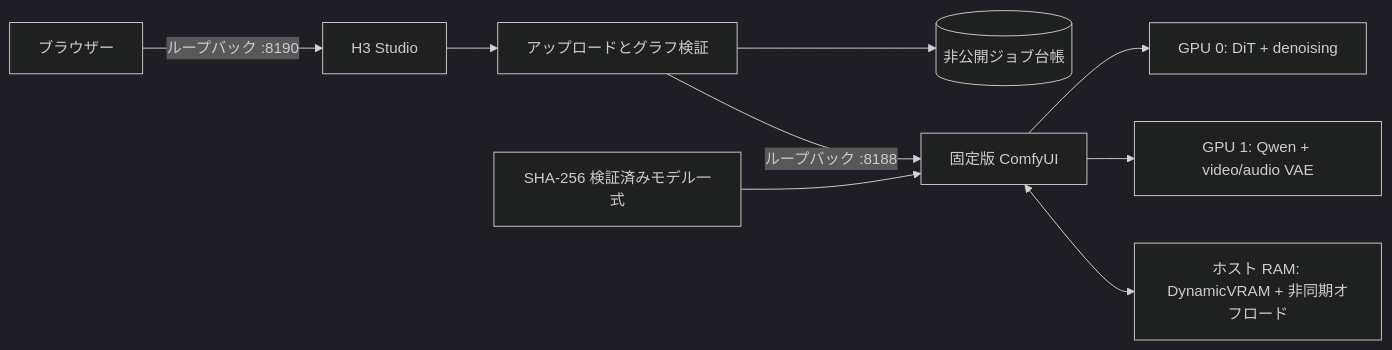
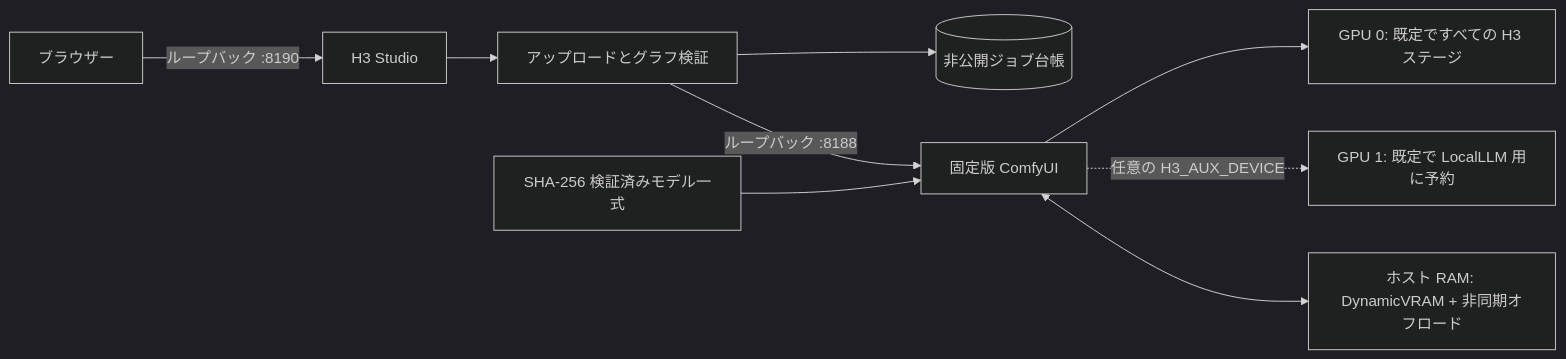
Before and after one commit to lachlanchen/LocalVideoGen: the diagram in i18n/README.ja.md, drawn with Mermaid (dark theme). The commit also changed other lines of this file and 28 other files, not shown here.

````diff
--- a/i18n/README.ja.md
+++ b/i18n/README.ja.md
@@ -54,11 +56,12 @@
 ```mermaid
 flowchart LR
     B[ブラウザー] -->|ループバック :8190| S[H3 Studio]
     S --> V[アップロードとグラフ検証]
     V --> J[(非公開ジョブ台帳)]
     V -->|ループバック :8188| C[固定版 ComfyUI]
-    C --> G0[GPU 0: DiT + denoising]
-    C --> G1[GPU 1: Qwen + video/audio VAE]
+    C --> G0[GPU 0: 既定ですべての H3 ステージ]
+    G1[GPU 1: 既定で LocalLLM 用に予約]
+    C -. 任意の H3_AUX_DEVICE .-> G1
     C <--> R[ホスト RAM: DynamicVRAM + 非同期オフロード]
     M[SHA-256 検証済みモデル一式] --> C
 ```
````
